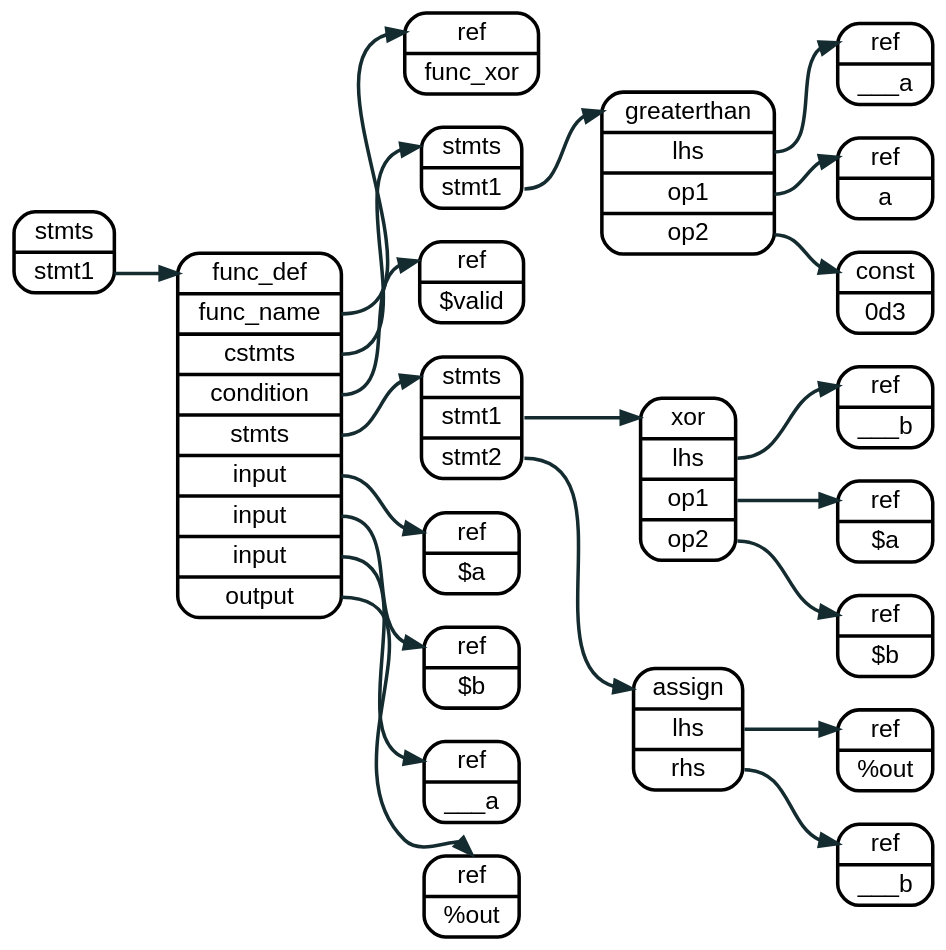
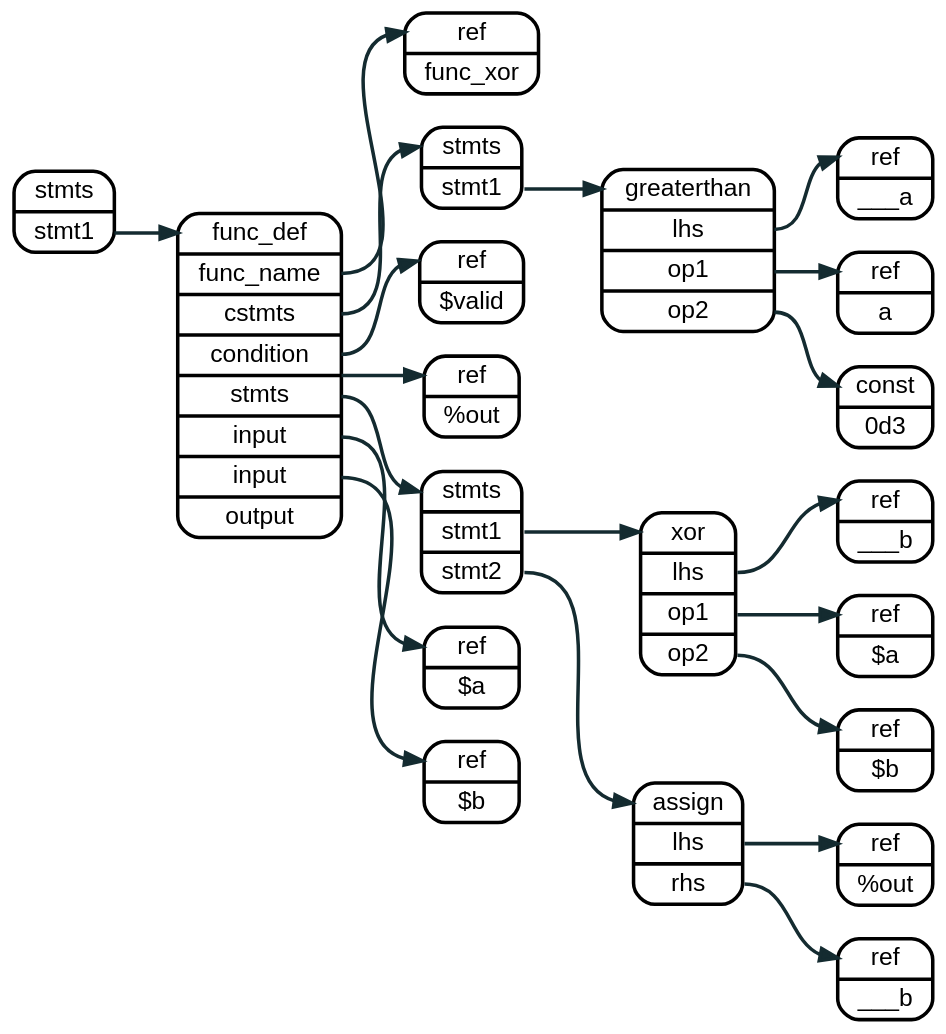
The diagram in source/graphviz/function_def_conditional.dot (sakshi15108/lnast-doc), drawn with Graphviz before and after one commit.

Commit message:
fix names and function def in dot (not c++)

```diff
--- a/source/graphviz/function_def_conditional.dot
+++ b/source/graphviz/function_def_conditional.dot
@@ -1,61 +1,59 @@
 digraph assign {
   rankdir=LR
   bgcolor="transparent"
 
   node  [fontname = "helvetica", shape=record, style="rounded", penwidth = 2];
   edge  [fontname = "helvetica", color="#142b30", arrowhead="normal", penwidth = 2];
   graph [fontname = "helvetica"];
 
   node0 [label = "<a> stmts | <s1> stmt1"];
-  node1 [label = "<a> func_def | <n> func_name | <c1> cstmts | <cond> condition | <stmts> stmts |<io1> input | <io2> input |  <io3> input | <io4> output "]
+  node1 [label = "<a> func_def | <n> func_name | <c1> cstmts | <cond> condition | <stmts> stmts |<io1> input | <io2> input | <io4> output "]
 
   node1:c1 -> node2b:a;
 
   node2b [label = "<a> stmts | <s1> stmt1"];
   node3b [label = "<a> greaterthan | <l> lhs | <r1> op1 | <r2> op2 "];
   node4b [label = "<a> ref   | <l> ___a"];
   node5b [label = "<a> ref   | <l> a"];
   node6b [label = "<a> const | <l> 0d3"];
 
   node2b:s1 -> node3b:a;
   node3b:l  -> node4b:a;
   node3b:r1 -> node5b:a;
   node3b:r2 -> node6b:a;
 
   node2 [label = "<a> ref   | <l> func_xor"];
   node3 [label = "<a> ref   | <l> $a"];
   node4 [label = "<a> ref   | <l> $b"];
-  nodex [label = "<a> ref   | <l> ___a"];
   node5 [label = "<a> ref   | <l> %out"];
   node6 [label = "<a> stmts | <s1> stmt1 | <s2> stmt2"];
 
   node7 [label = "<a> xor | <l> lhs | <r1> op1 | <r2> op2 "];
   node8 [label = "<a> ref   | <l> ___b"];
   node9 [label = "<a> ref   | <l> $a"];
   nodea [label = "<a> ref   | <l> $b"];
 
   nodeb [label = "<a> assign | <l> lhs  | <r> rhs"];
   nodec [label = "<a> ref   | <l> %out"];
   noded [label = "<a> ref   | <l> ___b"];
 
   nodee [label = "<a> ref | <l> $valid"];
 
   node0:s1  -> node1:a;
   node1:n   -> node2:a;
   node1:stmts -> node6:a;
   node1:cond  -> nodee:a;
   node1:io1 -> node3:a;
   node1:io2 -> node4:a;
-  node1:io3 -> nodex:a;
-  node1:io4 -> node5:a;
+  node1:io3 -> node5:a;
 
   node6:s1 -> node7:a;
   node6:s2 -> nodeb:a;
 
   node7:l -> node8:a;
   node7:r1 -> node9:a;
   node7:r2 -> nodea:a;
 
   nodeb:l -> nodec:a;
   nodeb:r -> noded:a;
 }
```
